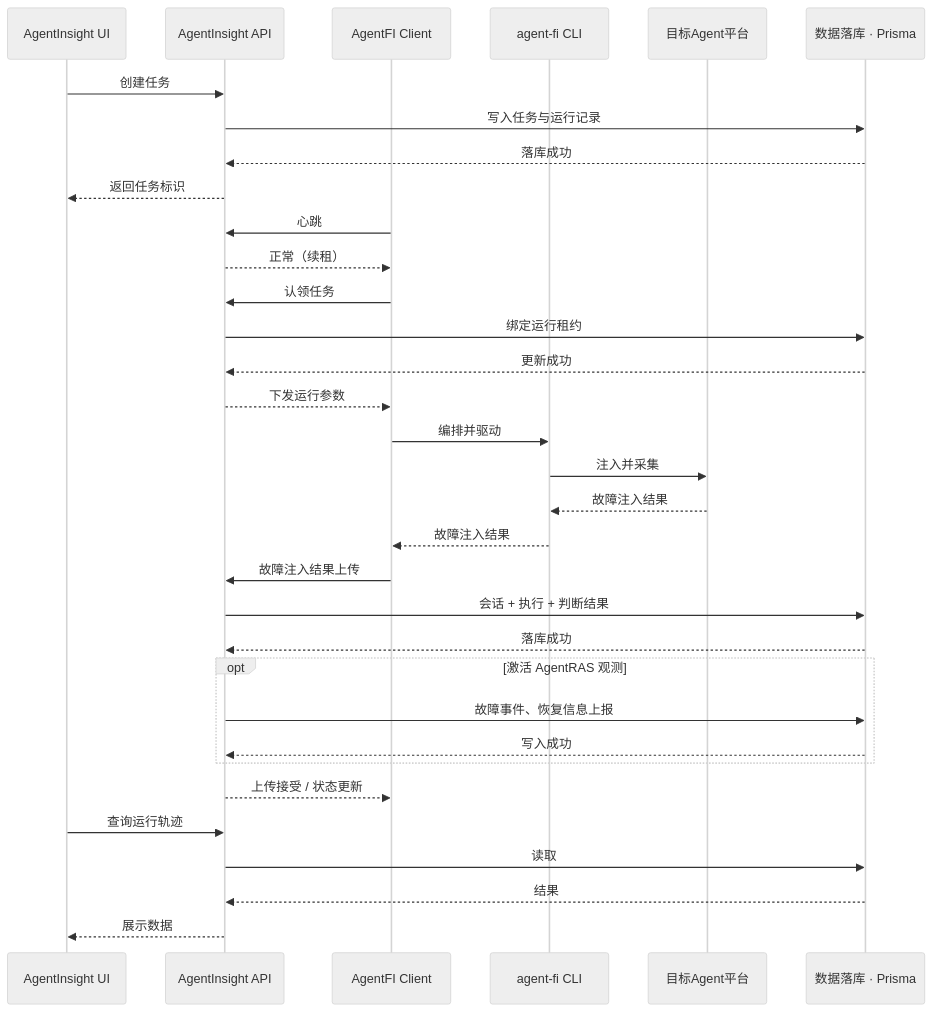
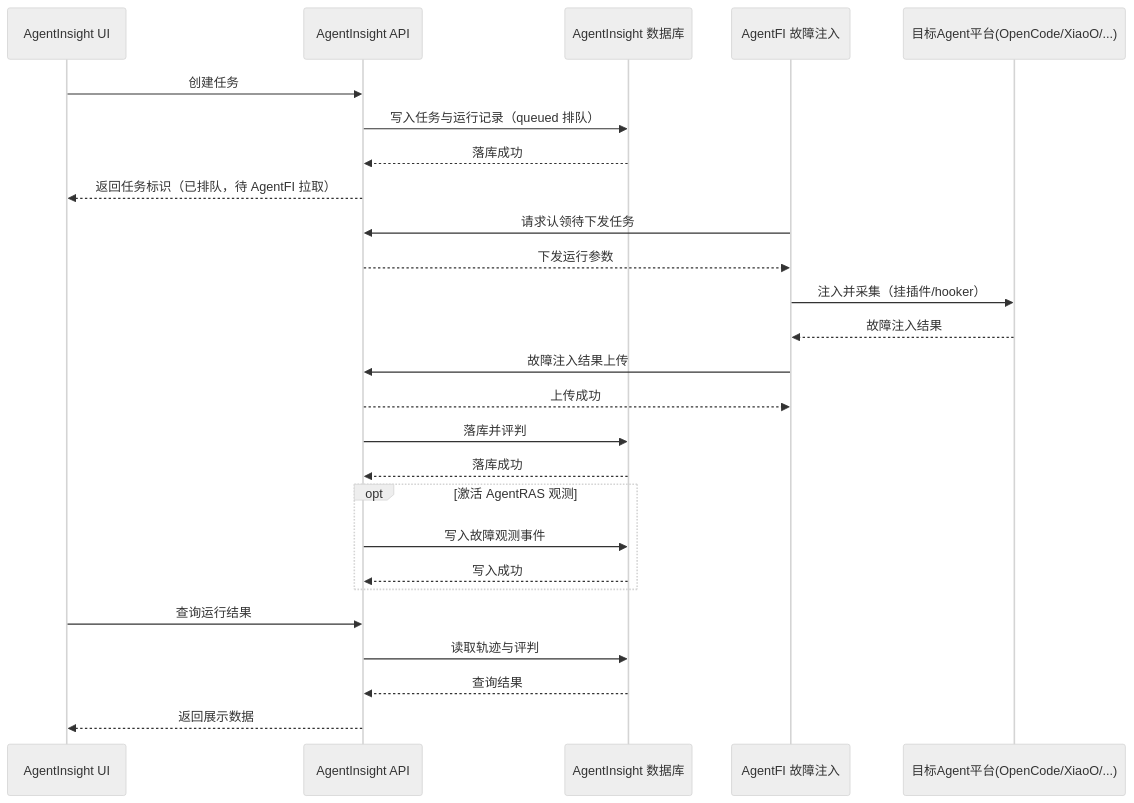
The eighth of 8 diagrams in docs/agent-fault-injection/designs/ras-fi-insight-relationship.md (openeuler-mirror/agent-insight), drawn with Mermaid (neutral theme) before and after one commit. The commit also changed other lines of this file and 200 other files, not shown here.

````diff
--- a/docs/agent-fault-injection/designs/ras-fi-insight-relationship.md
+++ b/docs/agent-fault-injection/designs/ras-fi-insight-relationship.md
@@ -373,41 +376,35 @@
 ```mermaid
 sequenceDiagram
   participant U as AgentInsight UI
   participant N as AgentInsight API
-  participant W as AgentFI Client
-  participant M as agent-fi CLI
-  participant A as 目标Agent平台
-  participant DB as 数据落库 · Prisma
+  participant DB as AgentInsight 数据库
+  participant F as AgentFI 故障注入
+  participant A as 目标Agent平台(OpenCode/XiaoO/...)
+  
+  U->>N: 创建任务
+  N->>DB: 写入任务与运行记录（queued 排队）
+  DB-->>N: 落库成功
+  N-->>U: 返回任务标识（已排队，待 AgentFI 拉取）
 
-  U->>N: 创建任务
-  N->>DB: 写入任务与运行记录
-  DB-->>N: 落库成功
-  N-->>U: 返回任务标识
+  F->>N: 请求认领待下发任务
+  N-->>F: 下发运行参数
 
-  W->>N: 心跳
-  N-->>W: 正常（续租）
+  F->>A: 注入并采集（挂插件/hooker）
+  A-->>F: 故障注入结果
 
-  W->>N: 认领任务
-  N->>DB: 绑定运行租约
-  DB-->>N: 更新成功
-  N-->>W: 下发运行参数
-
-  W->>M: 编排并驱动
-  M->>A: 注入并采集
-  A-->>M: 故障注入结果
-  M-->>W: 故障注入结果
-
-  W->>N: 故障注入结果上传
-  N->>DB: 会话 + 执行 + 判断结果
+  F->>N: 故障注入结果上传
+  N-->>F: 上传成功
+    
+  N->>DB: 落库并评判
   DB-->>N: 落库成功
   opt 激活 AgentRAS 观测
-    N->>DB: 故障事件、恢复信息上报
+    N->>DB: 写入故障观测事件
     DB-->>N: 写入成功
   end
-  N-->>W: 上传接受 / 状态更新
 
-  U->>N: 查询运行轨迹
-  N->>DB: 读取
-  DB-->>N: 结果
-  N-->>U: 展示数据
+
+  U->>N: 查询运行结果
+  N->>DB: 读取轨迹与评判
+  DB-->>N: 查询结果
+  N-->>U: 返回展示数据
 ```
````
